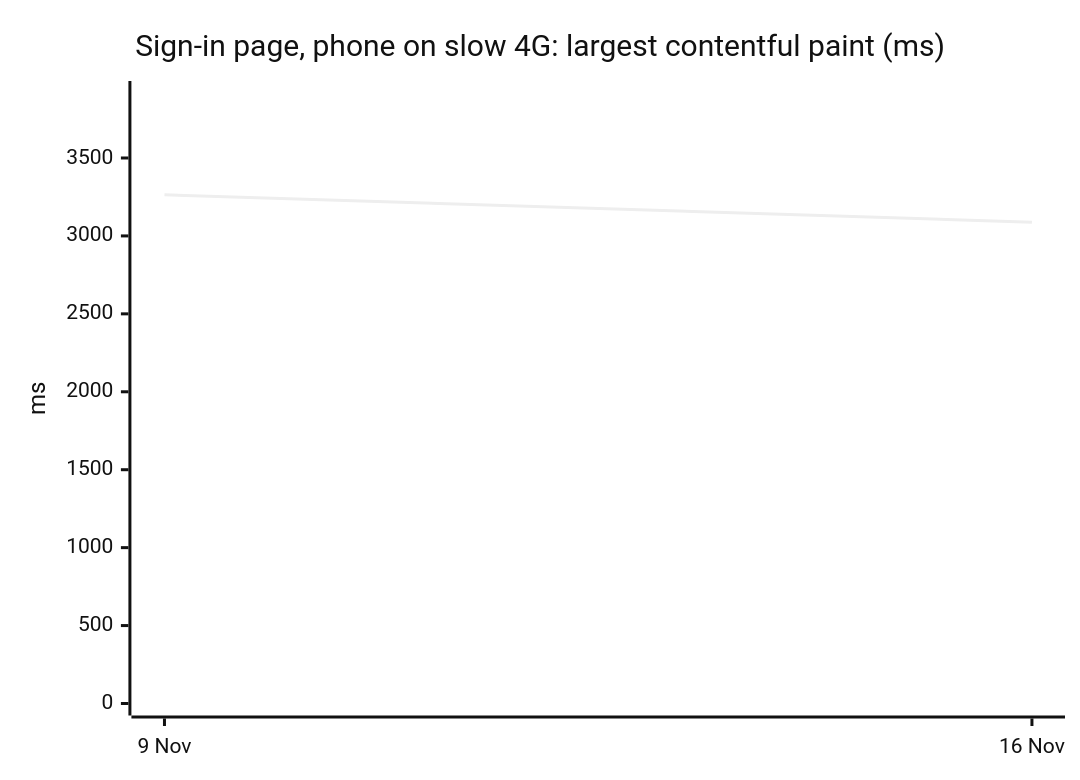
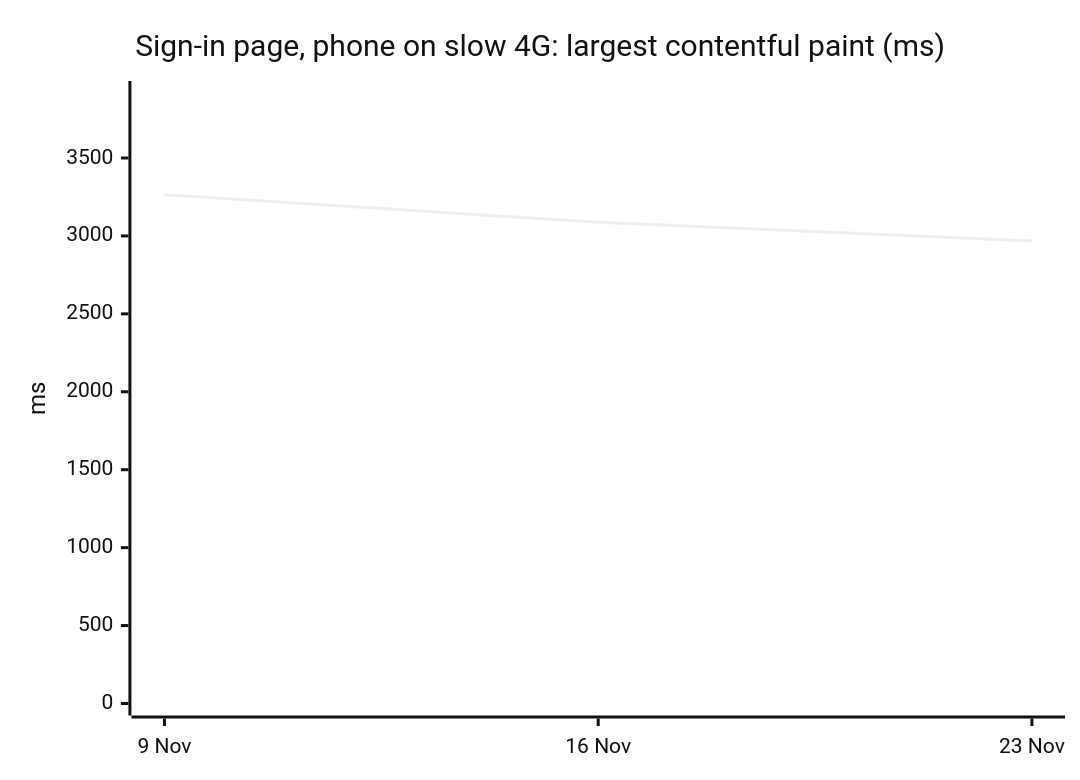
Before and after one commit to chiragdev1/ckauth: the fourth of 5 diagrams in README.md, drawn with Mermaid (neutral theme). The commit also changed other lines of this file and 1 other file, not shown here.

````diff
--- a/README.md
+++ b/README.md
@@ -63,7 +63,7 @@
 ```mermaid
 xychart-beta
   title "Sign-in page, phone on slow 4G: largest contentful paint (ms)"
-  x-axis ["9 Nov", "16 Nov"]
+  x-axis ["9 Nov", "16 Nov", "23 Nov"]
   y-axis "ms" 0 --> 3917
-  line [3264, 3088]
+  line [3264, 3088, 2968]
 ```
````
